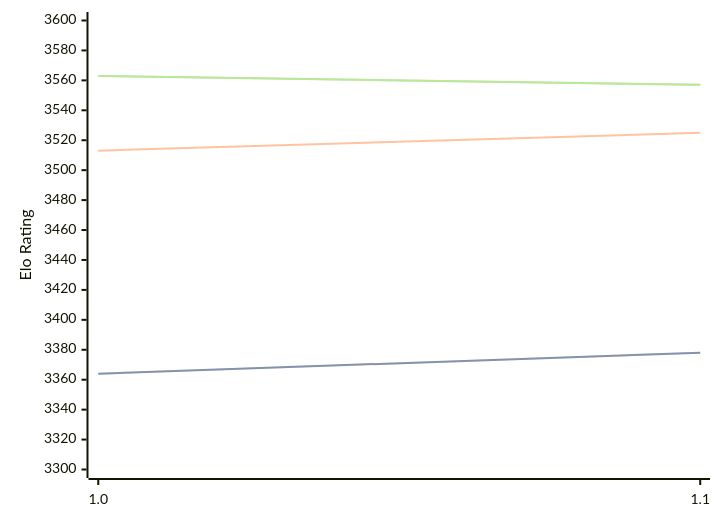
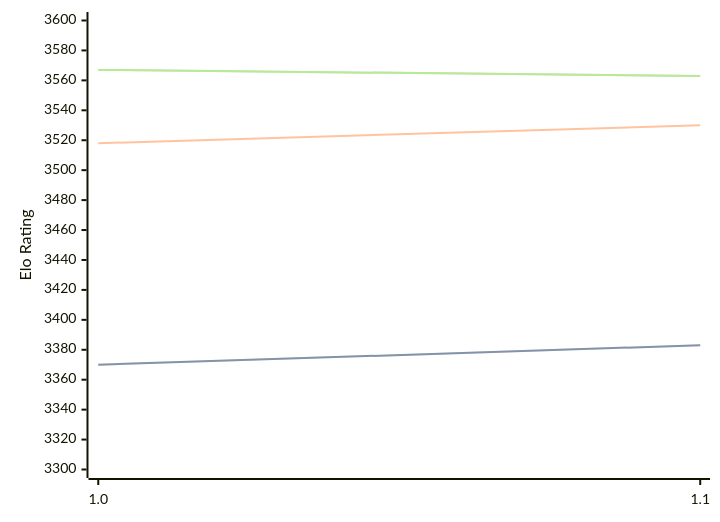
Before and after one commit to computer-chess-index/cci: the diagram in engines/Horsie.md, drawn with Mermaid. The commit also changed other lines of this file, not shown here.

Commit message:
Update CCI Ratings (ELO VLTC) - 2026-04-14

````diff
--- a/engines/Horsie.md
+++ b/engines/Horsie.md
@@ -32,11 +32,11 @@
 ```mermaid
 %%{init: {"theme":"base","themeVariables":{"seriesColors:['#a3a3a3','#222221','#faa371']}}}%%
 xychart-beta
   x-axis ["1.0", "1.1"]
   y-axis "Elo Rating" 3300 --> 3600
-  line "STC (8.0+0.08s)" [3364, 3378]
-  line "STC (8.0+0.08s)" [3364, 3378]
-  line "LTC (60.0+0.60s)" [3513, 3525]
-  line "VLTC (2m24s+1.12s)" [3563, 3557]
-  line "VLTC (2m24s+1.12s)" [3563, 3557]
+  line "STC (8.0+0.08s)" [3370, 3383]
+  line "STC (8.0+0.08s)" [3370, 3383]
+  line "LTC (60.0+0.60s)" [3518, 3530]
+  line "VLTC (2m24s+1.12s)" [3567, 3563]
+  line "VLTC (2m24s+1.12s)" [3567, 3563]
 ```
````
